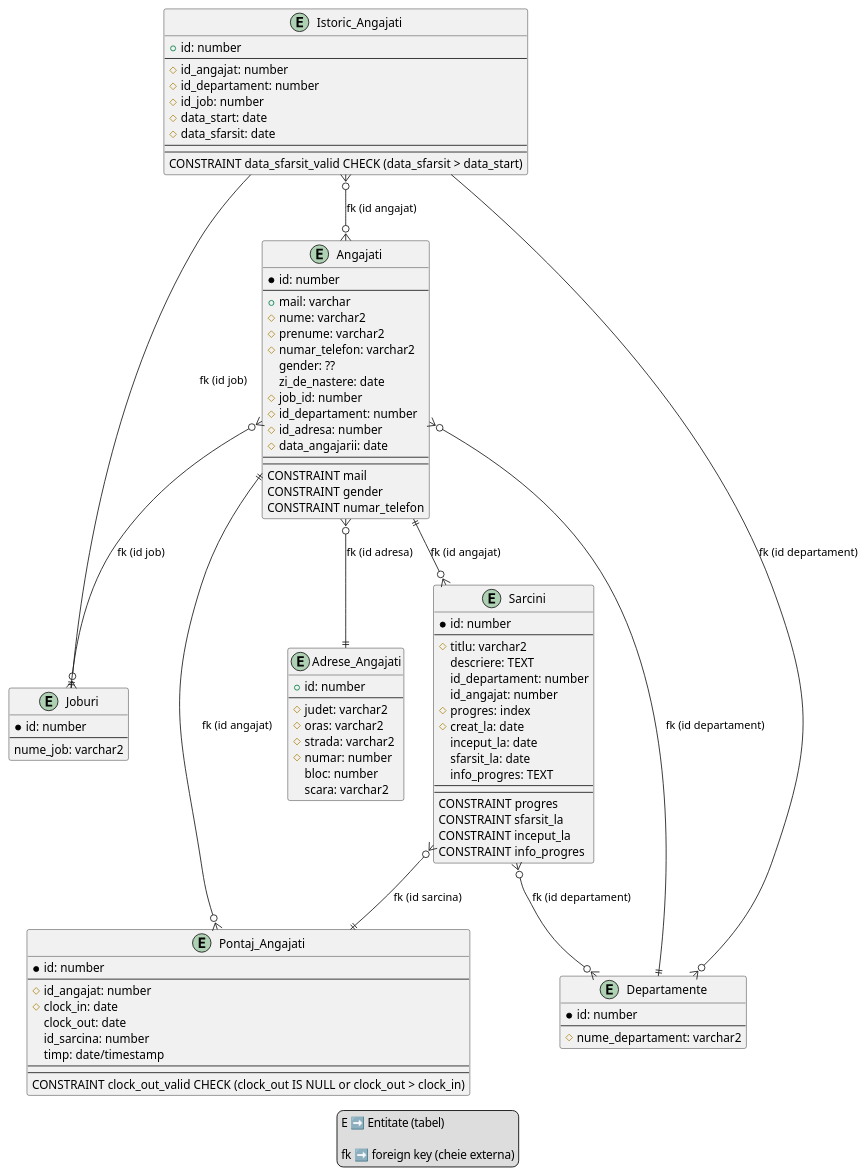
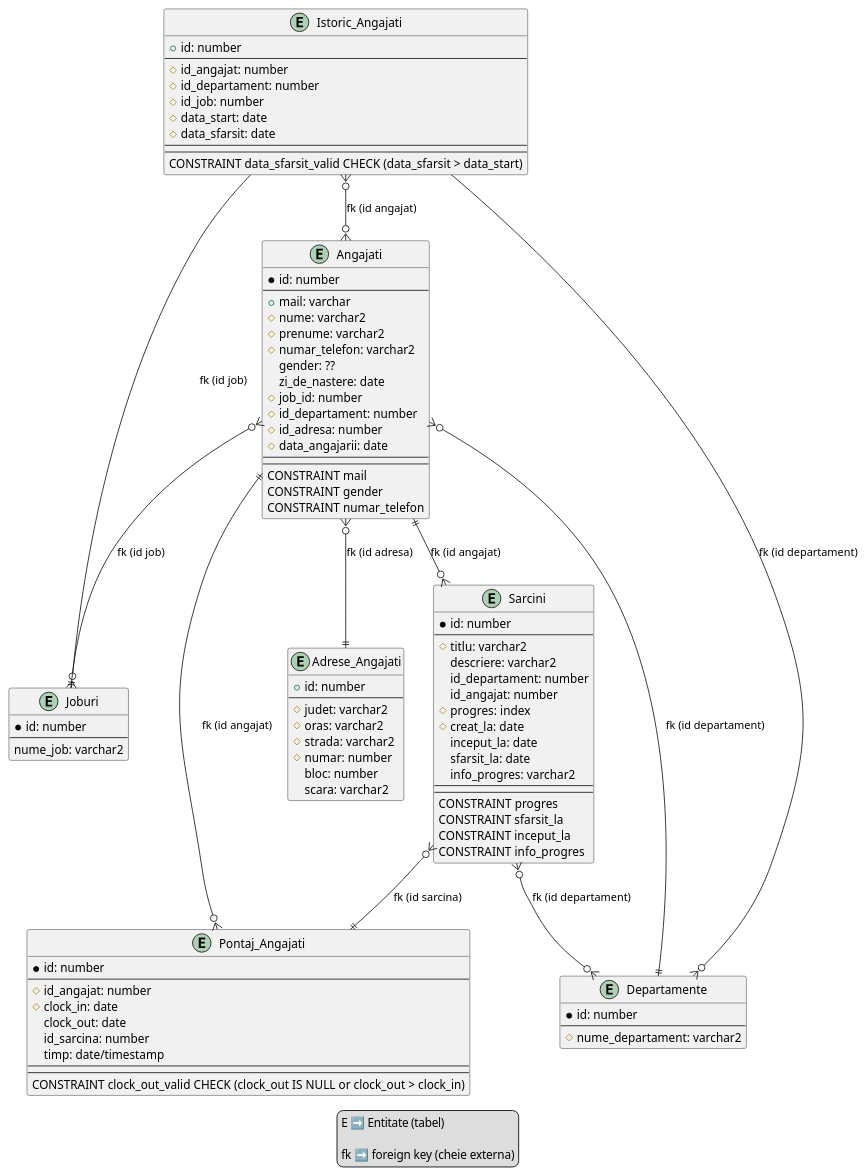
The diagram in diagrams/diagram.puml (BalteiVasile/db-auto-service-project), drawn with PlantUML before and after one commit. The commit also changed 2 other files, not shown here.

```diff
--- a/diagrams/diagram.puml
+++ b/diagrams/diagram.puml
@@ -1,116 +1,116 @@
 @startuml service_auto
 
 entity Angajati
 {
   *id: number
   --
   +mail: varchar
   #nume: varchar2
   #prenume: varchar2
   #numar_telefon: varchar2
   gender: ??
   zi_de_nastere: date
   #job_id: number
   #id_departament: number
   #id_adresa: number
   #data_angajarii: date
   --
   --
   CONSTRAINT mail
   CONSTRAINT gender
   CONSTRAINT numar_telefon
 }
 
 entity Joburi
 {
   *id: number
   --
   nume_job: varchar2
 }
 
 entity Departamente
 {
   *id: number
   --
   #nume_departament: varchar2
 }
 
 entity Sarcini
 {
   *id: number
   --
   #titlu: varchar2
-  descriere: TEXT
+  descriere: varchar2
   id_departament: number
   id_angajat: number
   #progres: index
   #creat_la: date
   inceput_la: date
   sfarsit_la: date
-  info_progres: TEXT
+  info_progres: varchar2
   --
   --
   CONSTRAINT progres
   CONSTRAINT sfarsit_la
   CONSTRAINT inceput_la
   CONSTRAINT info_progres
 }
 
 entity Pontaj_Angajati
 {
   *id: number
   --
   #id_angajat: number
   #clock_in: date
   clock_out: date
   id_sarcina: number
   timp: date/timestamp
   --
   --
   CONSTRAINT clock_out_valid CHECK (clock_out IS NULL or clock_out > clock_in)
 }
 
 entity Adrese_Angajati
 {
   +id: number
   --
   #judet: varchar2
   #oras: varchar2
   #strada: varchar2
   #numar: number
   bloc: number
   scara: varchar2
 }
 
 entity Istoric_Angajati
 {
   +id: number
   --
   #id_angajat: number
   #id_departament: number
   #id_job: number
   #data_start: date
   #data_sfarsit: date
   --
   --
   CONSTRAINT data_sfarsit_valid CHECK (data_sfarsit > data_start)
 }
 
 Angajati }o--|| Joburi: "fk (id job)"
 Angajati }o--|| Adrese_Angajati: "fk (id adresa)"
 Angajati }o--|| Departamente: "fk (id departament)"
 Angajati ||--o{ Pontaj_Angajati: "fk (id angajat)"
 Angajati ||--o{ Sarcini: "fk (id angajat)"
 Sarcini  }o--o{ Departamente: "fk (id departament)"
 Sarcini  }o--|| Pontaj_Angajati: "fk (id sarcina)"
 Istoric_Angajati --o{ Joburi: "fk (id job)"
 Istoric_Angajati --o{ Departamente: "fk (id departament)"
 Istoric_Angajati }o--o{ Angajati: "fk (id angajat)"
 
 legend
   E ➡️ Entitate (tabel)
 
   fk ➡️ foreign key (cheie externa)
 endlegend
 
 @enduml
```
